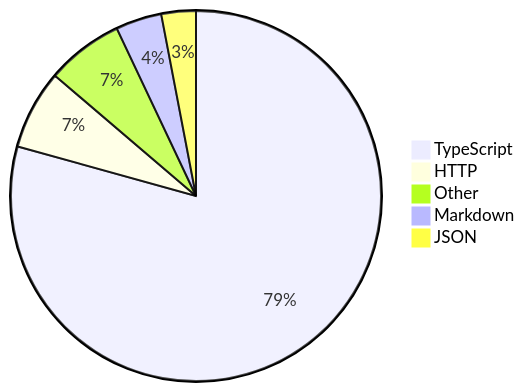
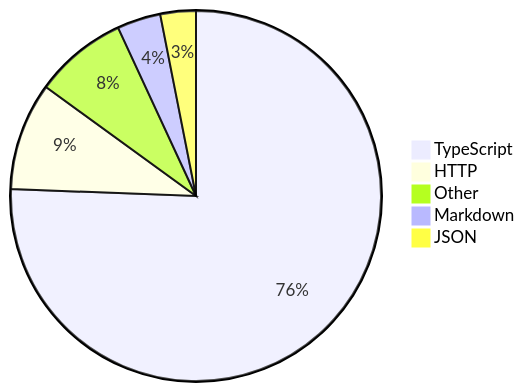
One commit to skvggor/skvggor changed the diagram in README.md. Above: the diagram before and after it, drawn with Mermaid.

Commit message:
Updated waka-readme graph with new metrics

````diff
--- a/README.md
+++ b/README.md
@@ -16,8 +16,8 @@
 ```mermaid
 pie
-    "TypeScript" : 79.0
-    "HTTP" : 6.9
-    "Other" : 6.7
-    "Markdown" : 4.0
-    "JSON" : 3.0
+    "TypeScript" : 75.6
+    "HTTP" : 9.4
+    "Other" : 8.1
+    "Markdown" : 3.8
+    "JSON" : 3.1
 ```
````
